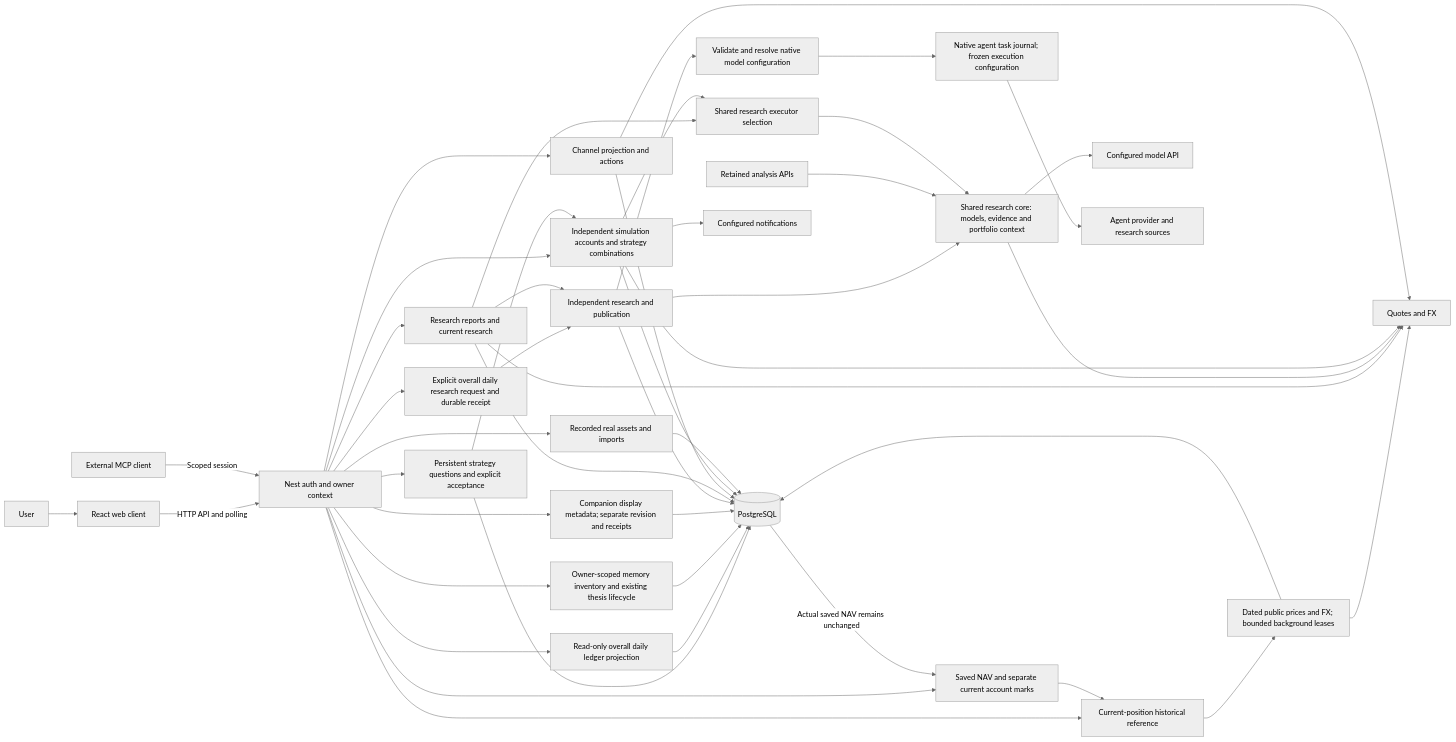
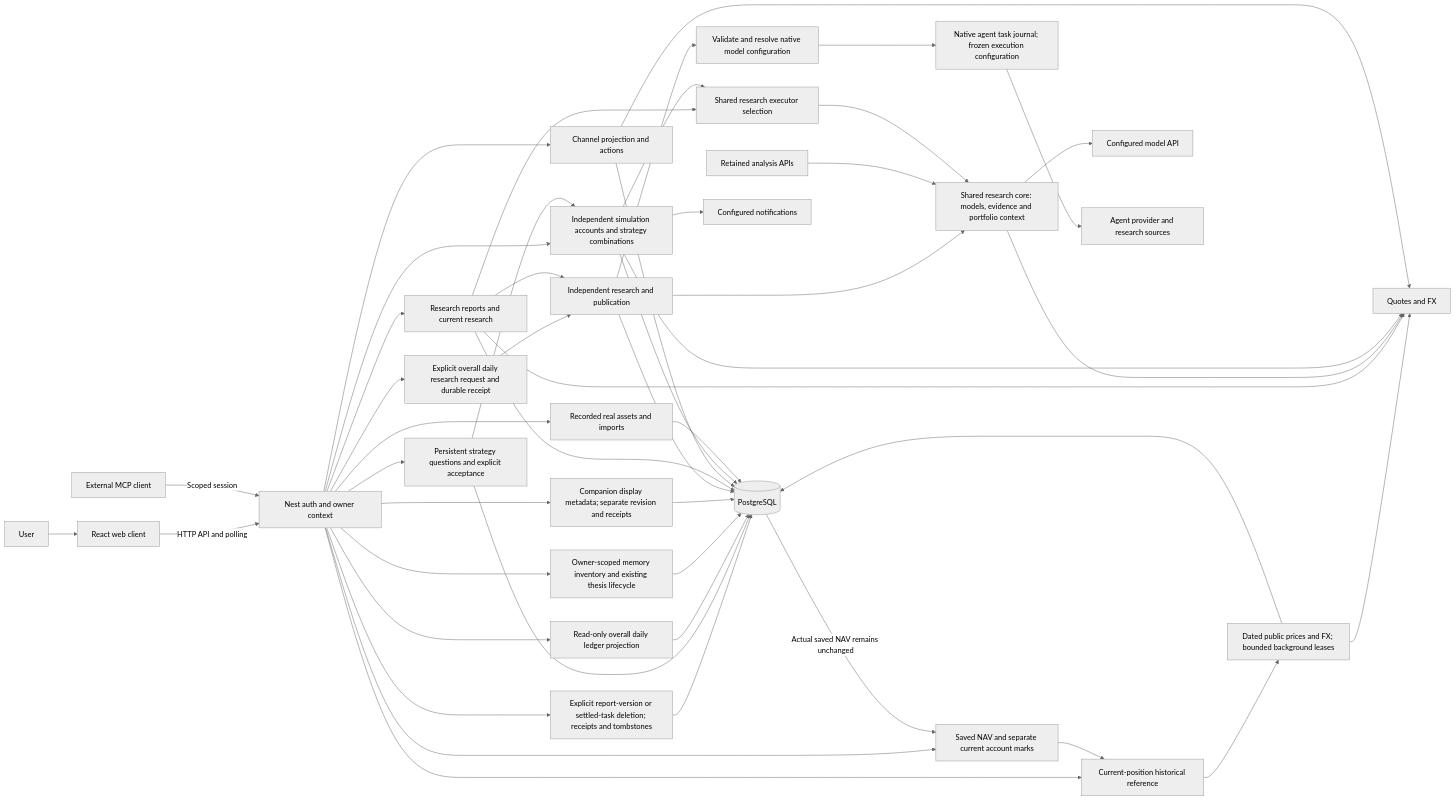
The first of 5 diagrams in docs/architecture.md (Lueyu/squabble), drawn with Mermaid (neutral theme) before and after one commit. The commit also changed other lines of this file and 78 other files, not shown here.

````diff
--- a/docs/architecture.md
+++ b/docs/architecture.md
@@ -27,48 +27,50 @@
 ```mermaid
 flowchart LR
     user["User"] --> web["React web client"]
     web -->|"HTTP API and polling"| auth["Nest auth and owner context"]
     auth --> experience["Research reports and current research"]
+    auth --> removal["Explicit report-version or settled-task deletion; receipts and tombstones"]
+    removal --> db
     auth --> comparison["Saved NAV and separate current account marks"]
     auth --> lookback["Current-position historical reference"]
     comparison --> lookback
     lookback --> cache["Dated public prices and FX; bounded background leases"]
     cache --> data
     cache --> db
     auth --> channel["Channel projection and actions"]
     auth --> strategy["Independent simulation accounts and strategy combinations"]
     auth --> ledger["Recorded real assets and imports"]
     auth --> interview["Persistent strategy questions and explicit acceptance"]
     interview --> strategy
     auth --> daily["Read-only overall daily ledger projection"]
     auth --> overallCommand["Explicit overall daily research request and durable receipt"]
     overallCommand --> council
     auth --> memory["Owner-scoped memory inventory and existing thesis lifecycle"]
     auth --> persona["Companion display metadata; separate revision and receipts"]
     interview --> db
     daily --> db
     memory --> db
     persona --> db
     experience --> council["Independent research and publication"]
     council --> core["Shared research core: models, evidence and portfolio context"]
     legacy["Retained analysis APIs"] --> core
     core --> models["Configured model API"]
     experience --> routing["Shared research executor selection"]
     strategy --> routing
     routing --> core
     council --> nativeConfig["Validate and resolve native model configuration"]
     nativeConfig --> native["Native agent task journal; frozen execution configuration"]
     native --> provider["Agent provider and research sources"]
     experience --> data["Quotes and FX"]
     core --> data
     strategy --> data
     channel --> data
     council --> db[("PostgreSQL")]
     experience --> db
     channel --> db
     strategy --> db
     ledger --> db
     db -->|"Actual saved NAV remains unchanged"| comparison
     strategy --> notify["Configured notifications"]
     mcp["External MCP client"] -->|"Scoped session"| auth
 ```
````
